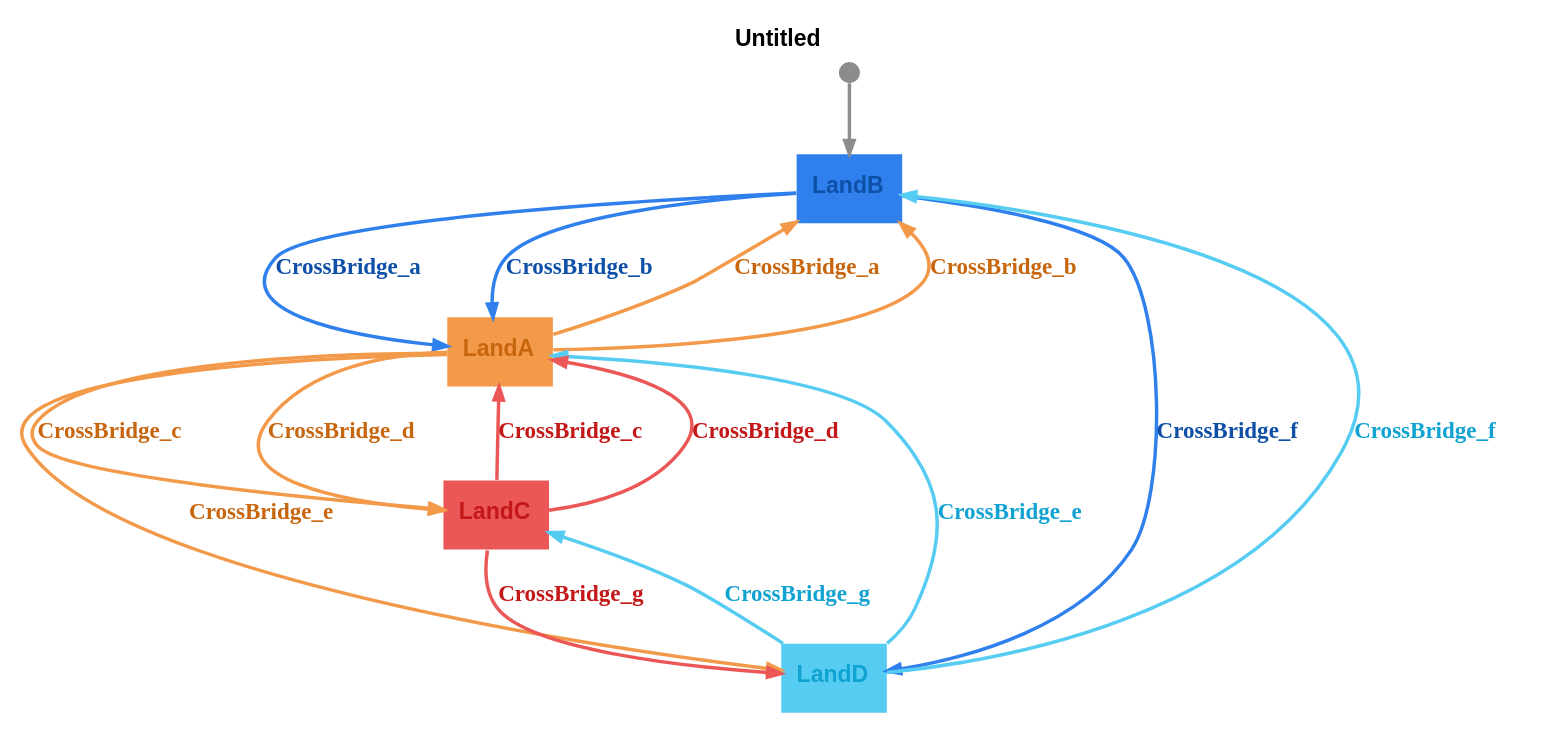
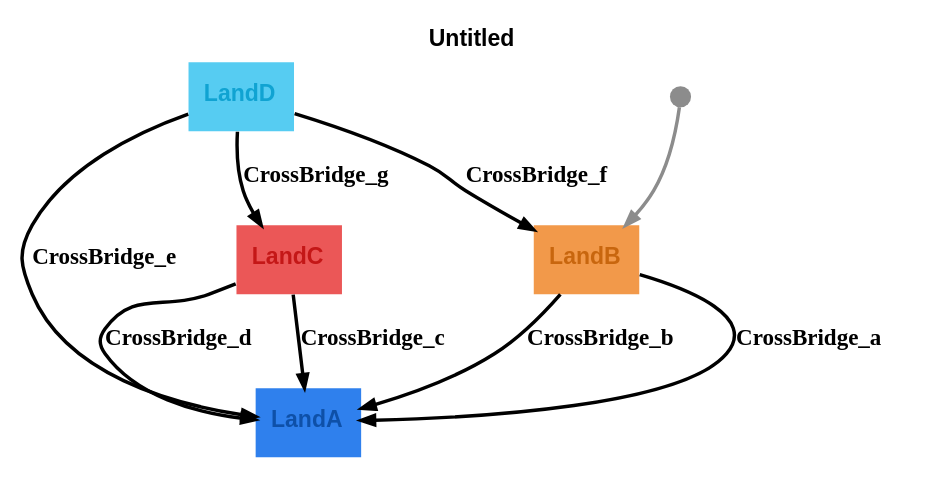
The diagram in graphs/bridges-koenigsberg.dot (m-bock/purescript-transit), drawn with Graphviz before and after one commit. The commit also changed 5 other files, not shown here.

```diff
--- a/graphs/bridges-koenigsberg.dot
+++ b/graphs/bridges-koenigsberg.dot
@@ -1,24 +1,17 @@
 digraph 
 {
 rankdir = "TD";fontname = "Arial";label = <<b>Untitled</b>>;labelloc = "t";fontsize = 12
-LandB [shape = "box", label = <<b>LandB</b>>, fontsize = 12, style = "filled", fillcolor = "#2f80ed", fontcolor = "#0e50a8", fontname = "Arial", labelloc = "c", penwidth = 0.0]
+LandB [shape = "box", label = <<b>LandB</b>>, fontsize = 12, style = "filled", fillcolor = "#f2994a", fontcolor = "#c8660e", fontname = "Arial", labelloc = "c", penwidth = 0.0]
 __Start__ [shape = "circle", label = "", width = 0.15, height = 0.15, fixedsize = true, style = "filled", fillcolor = "#8c8c8c", penwidth = 0.0]
 __Start__ -> LandB [color = "#8c8c8c", fontsize = 12, arrowsize = "0.7", penwidth = 1.8]
-LandB -> LandA [color = "#2f80ed", fontcolor = "#0e50a8", fontsize = 12, arrowsize = "0.7", label = <<b>CrossBridge_a</b>>, penwidth = 1.8]
-LandB -> LandA [color = "#2f80ed", fontcolor = "#0e50a8", fontsize = 12, arrowsize = "0.7", label = <<b>CrossBridge_b</b>>, penwidth = 1.8]
-LandB -> LandD [color = "#2f80ed", fontcolor = "#0e50a8", fontsize = 12, arrowsize = "0.7", label = <<b>CrossBridge_f</b>>, penwidth = 1.8]
-LandA [shape = "box", label = <<b>LandA</b>>, fontsize = 12, style = "filled", fillcolor = "#f2994a", fontcolor = "#c8660e", fontname = "Arial", labelloc = "c", penwidth = 0.0]
-LandA -> LandB [color = "#f2994a", fontcolor = "#c8660e", fontsize = 12, arrowsize = "0.7", label = <<b>CrossBridge_a</b>>, penwidth = 1.8]
-LandA -> LandB [color = "#f2994a", fontcolor = "#c8660e", fontsize = 12, arrowsize = "0.7", label = <<b>CrossBridge_b</b>>, penwidth = 1.8]
-LandA -> LandC [color = "#f2994a", fontcolor = "#c8660e", fontsize = 12, arrowsize = "0.7", label = <<b>CrossBridge_c</b>>, penwidth = 1.8]
-LandA -> LandC [color = "#f2994a", fontcolor = "#c8660e", fontsize = 12, arrowsize = "0.7", label = <<b>CrossBridge_d</b>>, penwidth = 1.8]
-LandA -> LandD [color = "#f2994a", fontcolor = "#c8660e", fontsize = 12, arrowsize = "0.7", label = <<b>CrossBridge_e</b>>, penwidth = 1.8]
+LandB -> LandA [color = "#000000", fontcolor = "#000000", fontsize = 12, arrowsize = "0.7", label = <<b>CrossBridge_a</b>>, penwidth = 1.8]
+LandB -> LandA [color = "#000000", fontcolor = "#000000", fontsize = 12, arrowsize = "0.7", label = <<b>CrossBridge_b</b>>, penwidth = 1.8]
+LandA [shape = "box", label = <<b>LandA</b>>, fontsize = 12, style = "filled", fillcolor = "#2f80ed", fontcolor = "#0e50a8", fontname = "Arial", labelloc = "c", penwidth = 0.0]
 LandC [shape = "box", label = <<b>LandC</b>>, fontsize = 12, style = "filled", fillcolor = "#eb5757", fontcolor = "#c41717", fontname = "Arial", labelloc = "c", penwidth = 0.0]
-LandC -> LandA [color = "#eb5757", fontcolor = "#c41717", fontsize = 12, arrowsize = "0.7", label = <<b>CrossBridge_c</b>>, penwidth = 1.8]
-LandC -> LandA [color = "#eb5757", fontcolor = "#c41717", fontsize = 12, arrowsize = "0.7", label = <<b>CrossBridge_d</b>>, penwidth = 1.8]
-LandC -> LandD [color = "#eb5757", fontcolor = "#c41717", fontsize = 12, arrowsize = "0.7", label = <<b>CrossBridge_g</b>>, penwidth = 1.8]
+LandC -> LandA [color = "#000000", fontcolor = "#000000", fontsize = 12, arrowsize = "0.7", label = <<b>CrossBridge_c</b>>, penwidth = 1.8]
+LandC -> LandA [color = "#000000", fontcolor = "#000000", fontsize = 12, arrowsize = "0.7", label = <<b>CrossBridge_d</b>>, penwidth = 1.8]
 LandD [shape = "box", label = <<b>LandD</b>>, fontsize = 12, style = "filled", fillcolor = "#56ccf2", fontcolor = "#10a3d2", fontname = "Arial", labelloc = "c", penwidth = 0.0]
-LandD -> LandA [color = "#56ccf2", fontcolor = "#10a3d2", fontsize = 12, arrowsize = "0.7", label = <<b>CrossBridge_e</b>>, penwidth = 1.8]
-LandD -> LandB [color = "#56ccf2", fontcolor = "#10a3d2", fontsize = 12, arrowsize = "0.7", label = <<b>CrossBridge_f</b>>, penwidth = 1.8]
-LandD -> LandC [color = "#56ccf2", fontcolor = "#10a3d2", fontsize = 12, arrowsize = "0.7", label = <<b>CrossBridge_g</b>>, penwidth = 1.8]
+LandD -> LandA [color = "#000000", fontcolor = "#000000", fontsize = 12, arrowsize = "0.7", label = <<b>CrossBridge_e</b>>, penwidth = 1.8]
+LandD -> LandB [color = "#000000", fontcolor = "#000000", fontsize = 12, arrowsize = "0.7", label = <<b>CrossBridge_f</b>>, penwidth = 1.8]
+LandD -> LandC [color = "#000000", fontcolor = "#000000", fontsize = 12, arrowsize = "0.7", label = <<b>CrossBridge_g</b>>, penwidth = 1.8]
 }
```
